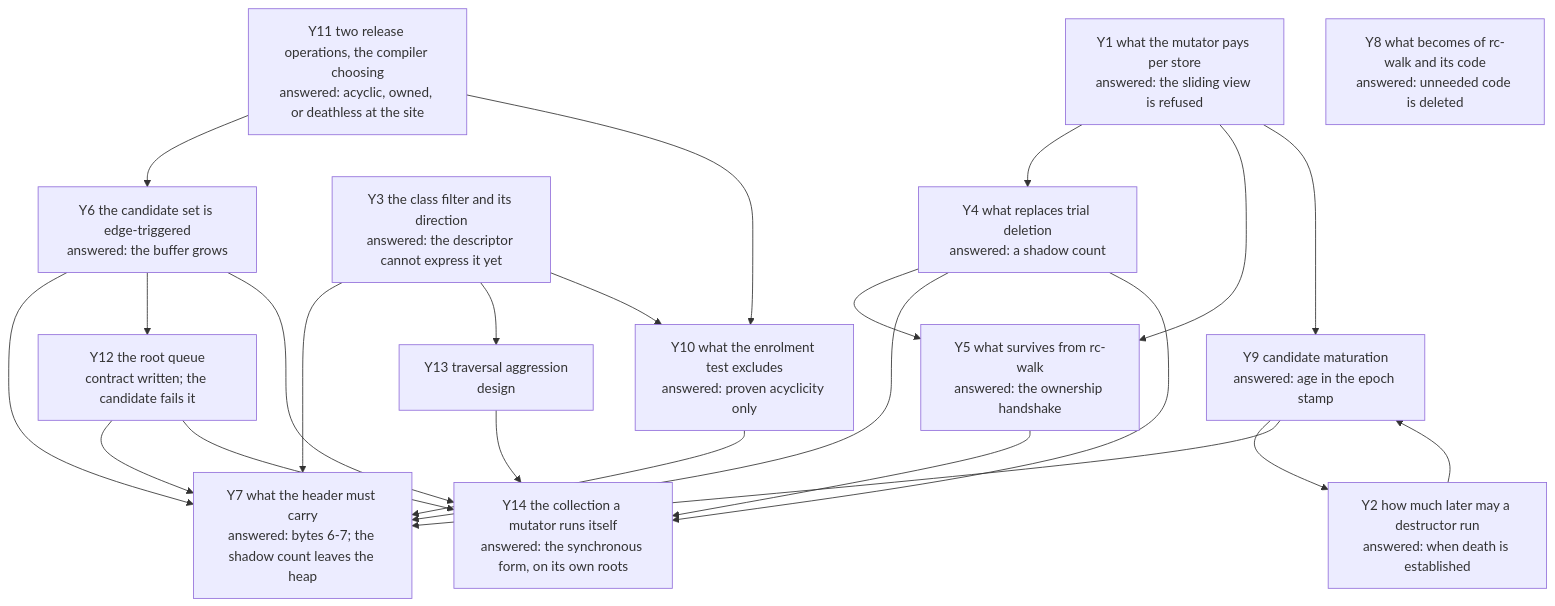
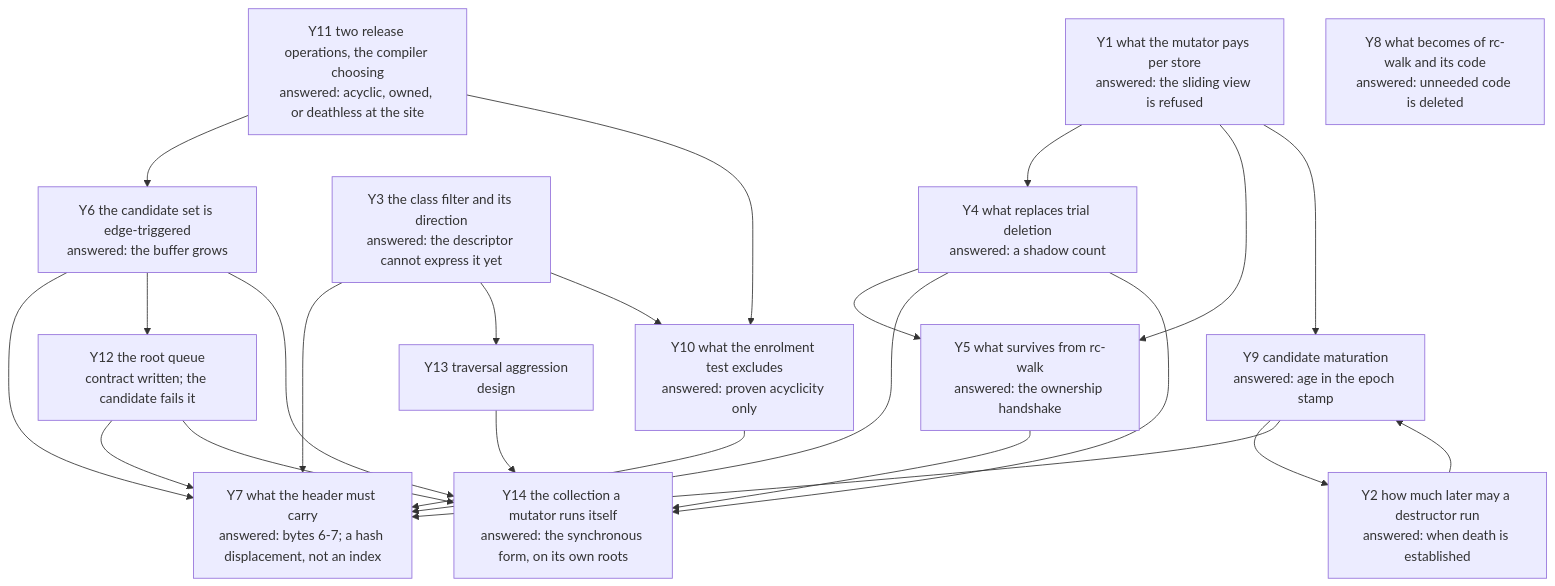
Before and after one commit to limelight-lang/rfc: the diagram in model/gc/cycle/questions.md, drawn with Mermaid. The commit also changed other lines of this file and 1 other file, not shown here.

Commit message:
model: the header carries a hash displacement rather than an index, and Y9's prune stops the descent

````diff
--- a/model/gc/cycle/questions.md
+++ b/model/gc/cycle/questions.md
@@ -15,21 +15,21 @@
 ```mermaid
 flowchart TD
     Y1[Y1 what the mutator pays per store<br/>answered: the sliding view is refused] --> Y4 & Y5 & Y9
     Y2[Y2 how much later may a destructor run<br/>answered: when death is established] --> Y9
     Y3[Y3 the class filter and its direction<br/>answered: the descriptor cannot express it yet] --> Y7 & Y13
     Y4[Y4 what replaces trial deletion<br/>answered: a shadow count] --> Y5 & Y7
     Y9[Y9 candidate maturation<br/>answered: age in the epoch stamp] --> Y2 & Y7
     Y10[Y10 what the enrolment test excludes<br/>answered: proven acyclicity only] --> Y7
     Y11[Y11 two release operations, the compiler choosing<br/>answered: acyclic, owned, or deathless at the site] --> Y6 & Y10
     Y3 --> Y10
     Y5[Y5 what survives from rc-walk<br/>answered: the ownership handshake]
     Y6[Y6 the candidate set is edge-triggered<br/>answered: the buffer grows] --> Y7 & Y12
-    Y7[Y7 what the header must carry<br/>answered: bytes 6-7; the shadow count leaves the heap]
+    Y7[Y7 what the header must carry<br/>answered: bytes 6-7; a hash displacement, not an index]
     Y8[Y8 what becomes of rc-walk and its code<br/>answered: unneeded code is deleted]
     Y12[Y12 the root queue<br/>contract written; the candidate fails it] --> Y7 & Y14
     Y13[Y13 traversal aggression<br/>design] --> Y14
     Y4 --> Y14
     Y5 --> Y14
     Y6 --> Y14
     Y14[Y14 the collection a mutator runs itself<br/>answered: the synchronous form, on its own roots]
 ```
````
